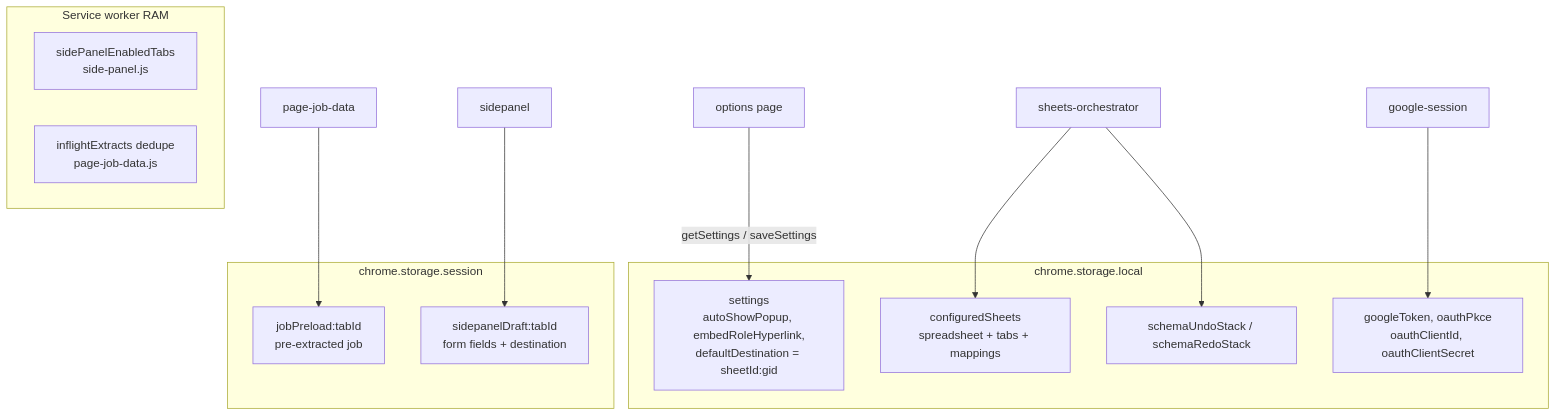
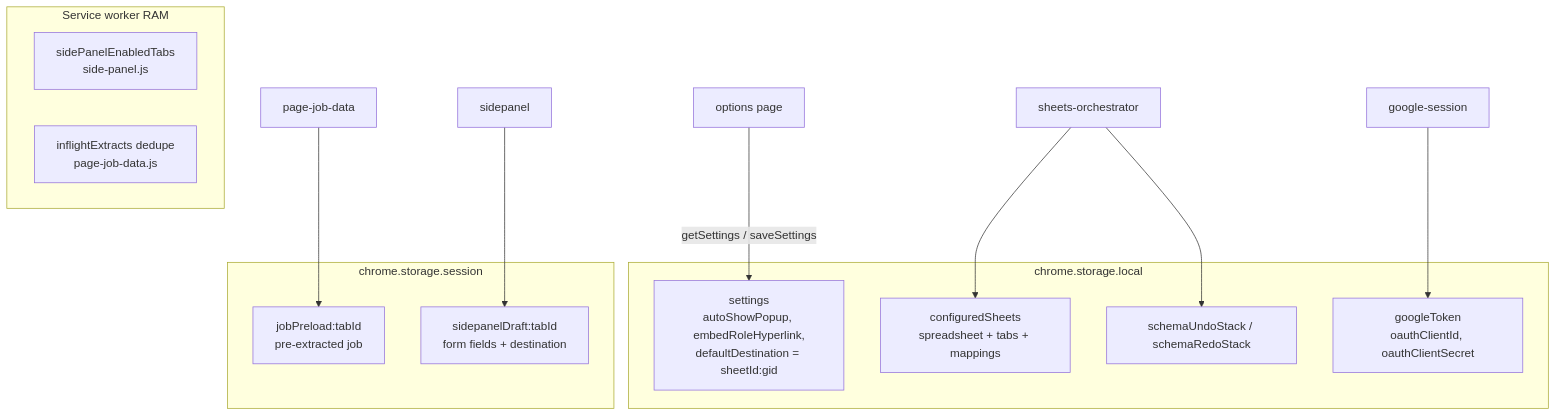
The eighth of 9 diagrams in diagrams/architecture.md (jayshah2005/JobTracker), drawn with Mermaid before and after one commit. The commit also changed other lines of this file and 72 other files, not shown here.

````diff
--- a/diagrams/architecture.md
+++ b/diagrams/architecture.md
@@ -223,26 +303,26 @@
 ```mermaid
 flowchart TB
   subgraph local [chrome.storage.local]
     sheets[configuredSheets<br/>spreadsheet + tabs + mappings]
     settings[settings<br/>autoShowPopup, embedRoleHyperlink,<br/>defaultDestination = sheetId:gid]
-    token[googleToken, oauthPkce<br/>oauthClientId, oauthClientSecret]
+    token[googleToken<br/>oauthClientId, oauthClientSecret]
     undo[schemaUndoStack / schemaRedoStack]
   end
 
   subgraph session [chrome.storage.session]
     preload[jobPreload:tabId<br/>pre-extracted job]
     draft[sidepanelDraft:tabId<br/>form fields + destination]
   end
 
   subgraph memory [Service worker RAM]
     enabled[sidePanelEnabledTabs<br/>side-panel.js]
     inflight[inflightExtracts dedupe<br/>page-job-data.js]
   end
 
   Orch[sheets-orchestrator] --> sheets
   Orch --> undo
   Auth[google-session] --> token
   Opt[options page] -->|getSettings / saveSettings| settings
   PJD[page-job-data] --> preload
   SP[sidepanel] --> draft
 ```
````
